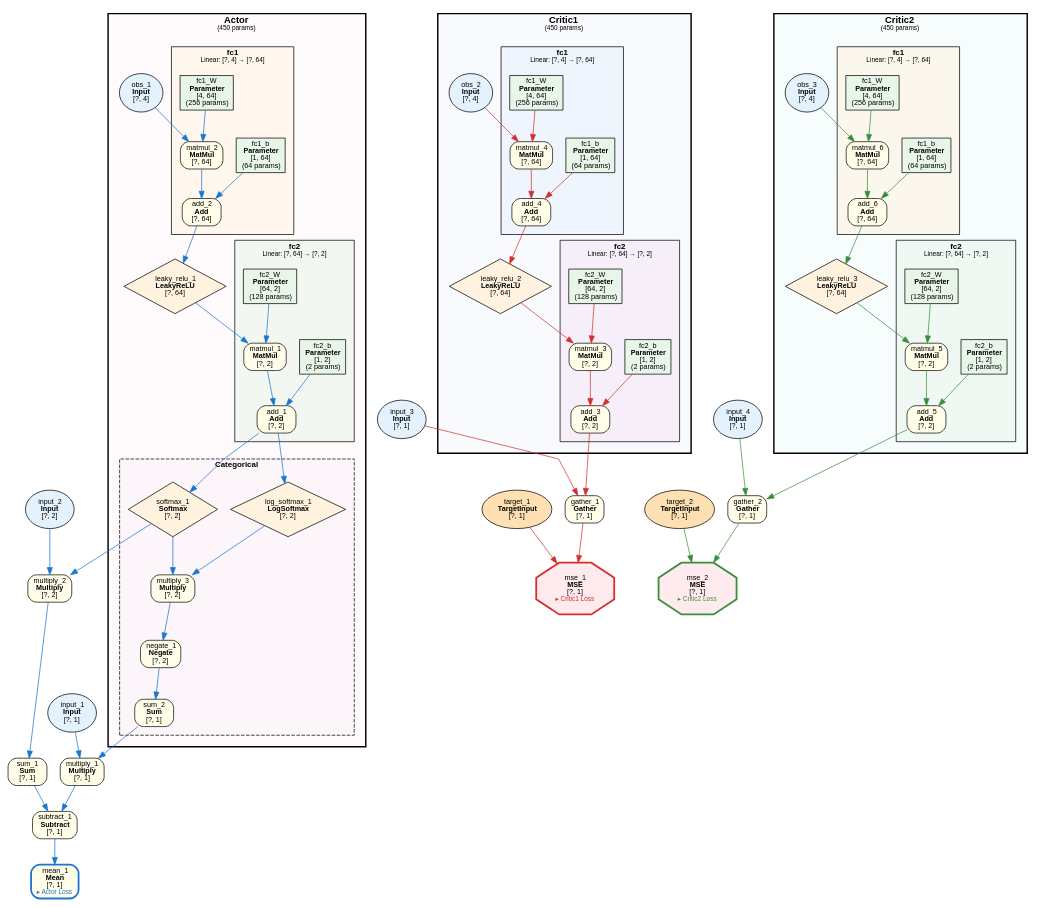
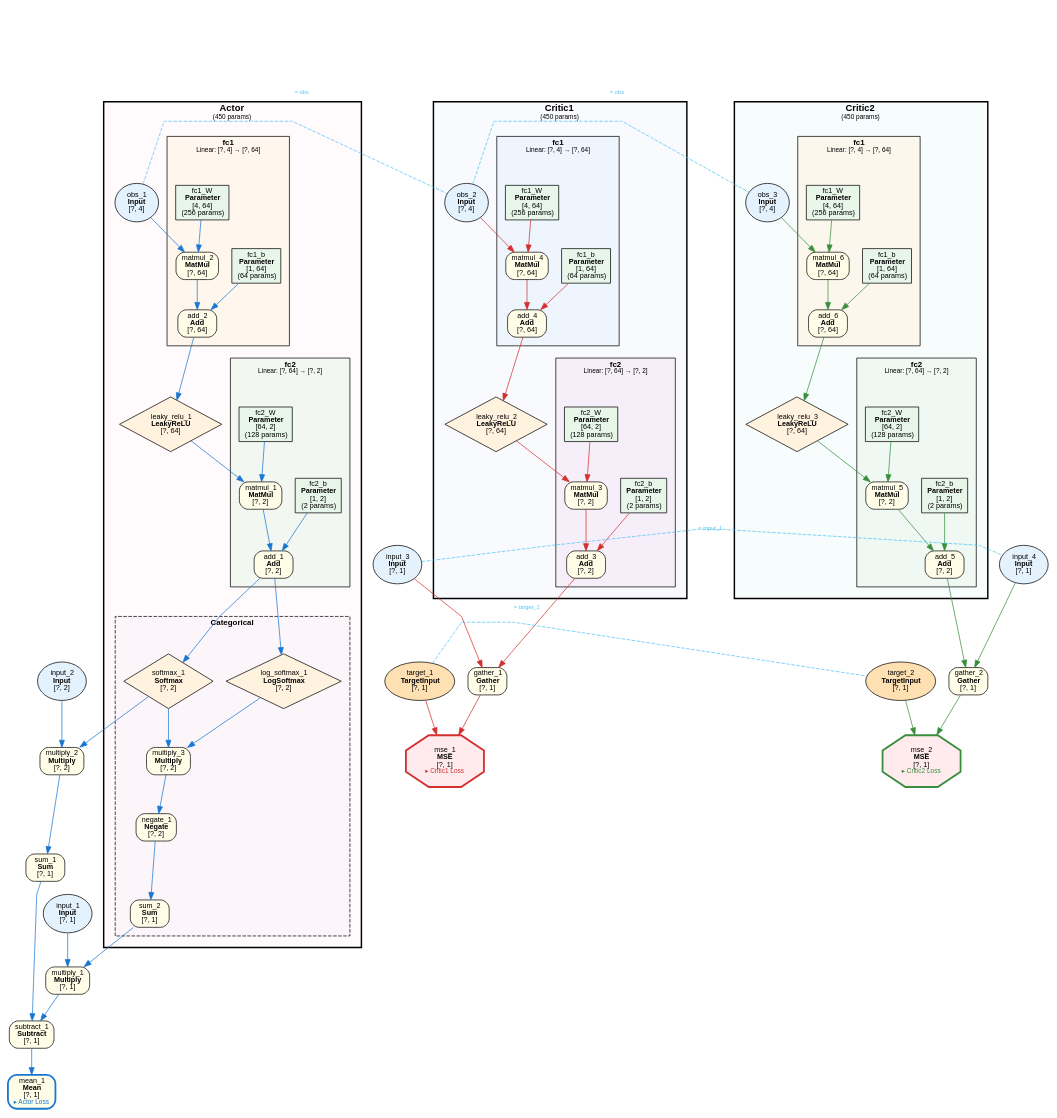
The diagram in examples/cartpole_sac/cartpole_sac.dot (dbsxdbsx/only_torch), drawn with Graphviz before and after one commit. The commit also changed 18 other files, not shown here.

```diff
--- a/examples/cartpole_sac/cartpole_sac.dot
+++ b/examples/cartpole_sac/cartpole_sac.dot
@@ -198,4 +198,8 @@
     "48" -> "46" [color="#388E3C"];
     "49" -> "47" [color="#388E3C"];
     "50" -> "47" [color="#388E3C"];
+    "27" -> "41" [style=dashed dir=none color="#4FC3F7" constraint=false label=<= input_1> fontcolor="#4FC3F7" fontsize=8];
+    "21" -> "35" [style=dashed dir=none color="#4FC3F7" constraint=false label=<= obs> fontcolor="#4FC3F7" fontsize=8];
+    "35" -> "49" [style=dashed dir=none color="#4FC3F7" constraint=false label=<= obs> fontcolor="#4FC3F7" fontsize=8];
+    "25" -> "39" [style=dashed dir=none color="#4FC3F7" constraint=false label=<= target_1> fontcolor="#4FC3F7" fontsize=8];
 }
```
